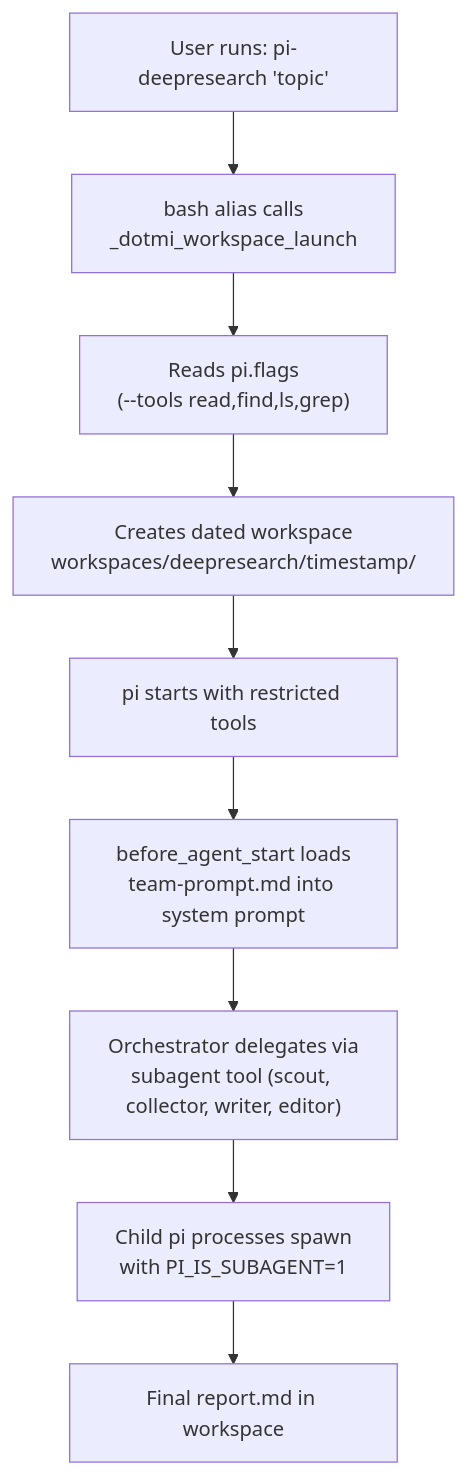
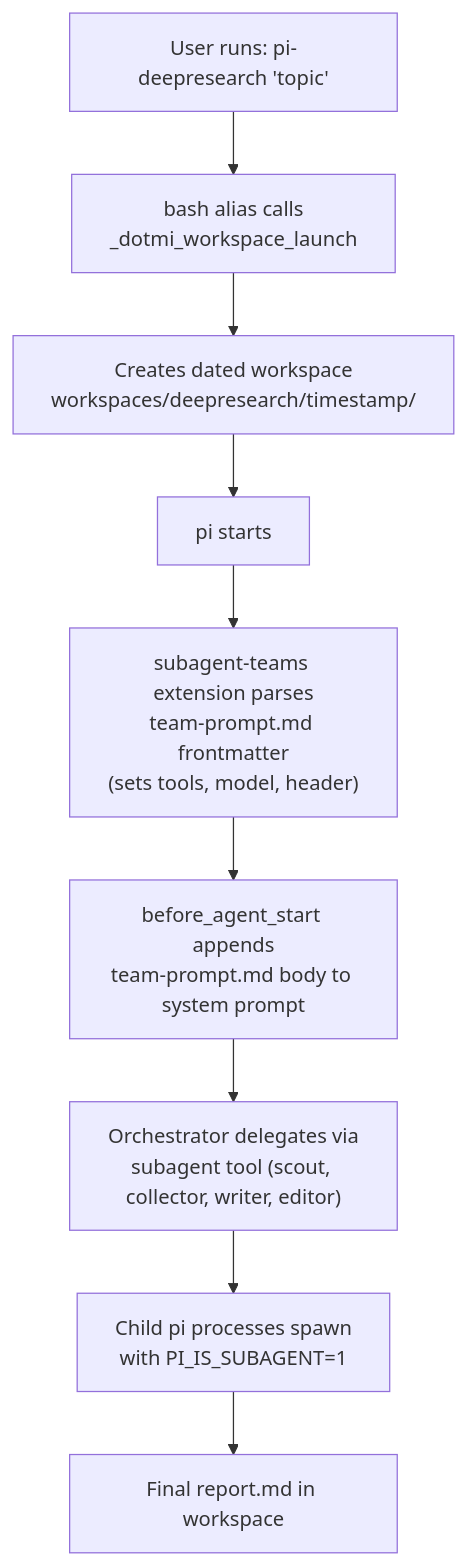
The second of 3 diagrams in docs/architecture.md (PlebeiusGaragicus/dot-mi), drawn with Mermaid before and after one commit. The commit also changed other lines of this file and 17 other files, not shown here.

````diff
--- a/docs/architecture.md
+++ b/docs/architecture.md
@@ -95,15 +93,15 @@
 ```mermaid
 graph TD
   WUser["User runs: pi-deepresearch 'topic'"]
   WAlias["bash alias calls<br/>_dotmi_workspace_launch"]
-  WFlags["Reads pi.flags<br/>(--tools read,find,ls,grep)"]
   WDir["Creates dated workspace<br/>workspaces/deepresearch/timestamp/"]
-  WPi["pi starts with restricted tools"]
-  WTeamPrompt["before_agent_start loads<br/>team-prompt.md into system prompt"]
+  WPi["pi starts"]
+  WFrontmatter["subagent-teams extension parses<br/>team-prompt.md frontmatter<br/>(sets tools, model, header)"]
+  WTeamPrompt["before_agent_start appends<br/>team-prompt.md body to system prompt"]
   WSubagent["Orchestrator delegates via<br/>subagent tool (scout, collector, writer, editor)"]
   WChild["Child pi processes spawn<br/>with PI_IS_SUBAGENT=1"]
   WReport["Final report.md in workspace"]
 
-  WUser --> WAlias --> WFlags --> WDir --> WPi
-  WPi --> WTeamPrompt --> WSubagent --> WChild --> WReport
+  WUser --> WAlias --> WDir --> WPi
+  WPi --> WFrontmatter --> WTeamPrompt --> WSubagent --> WChild --> WReport
 ```
````
